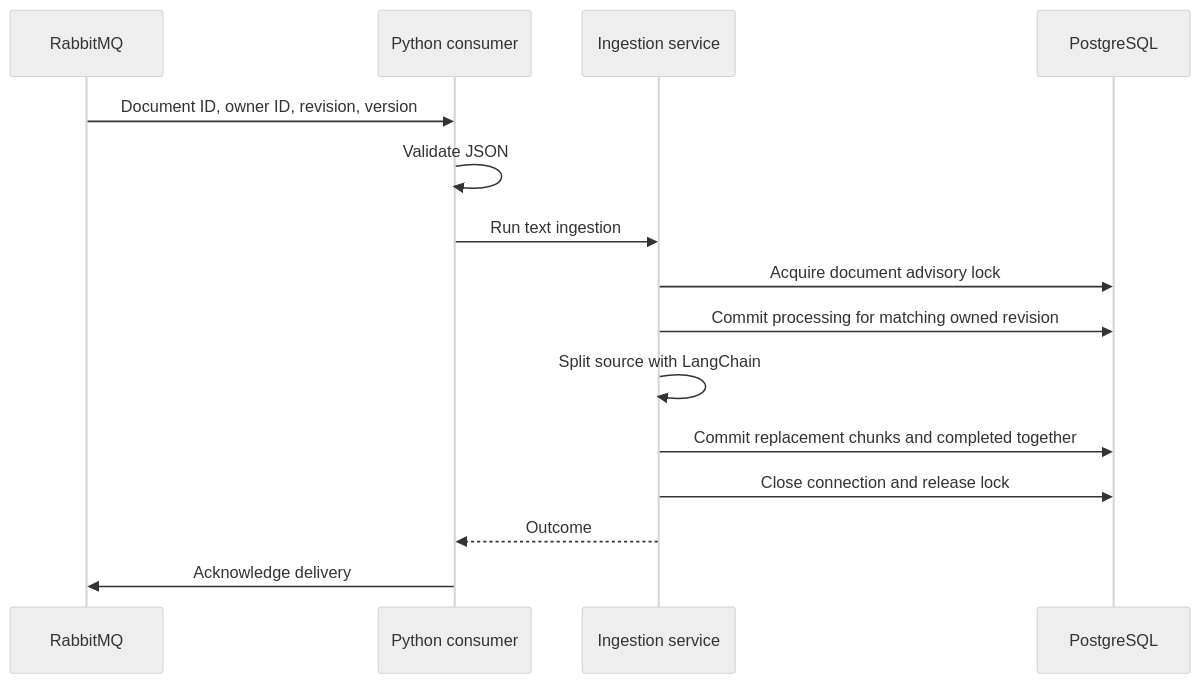
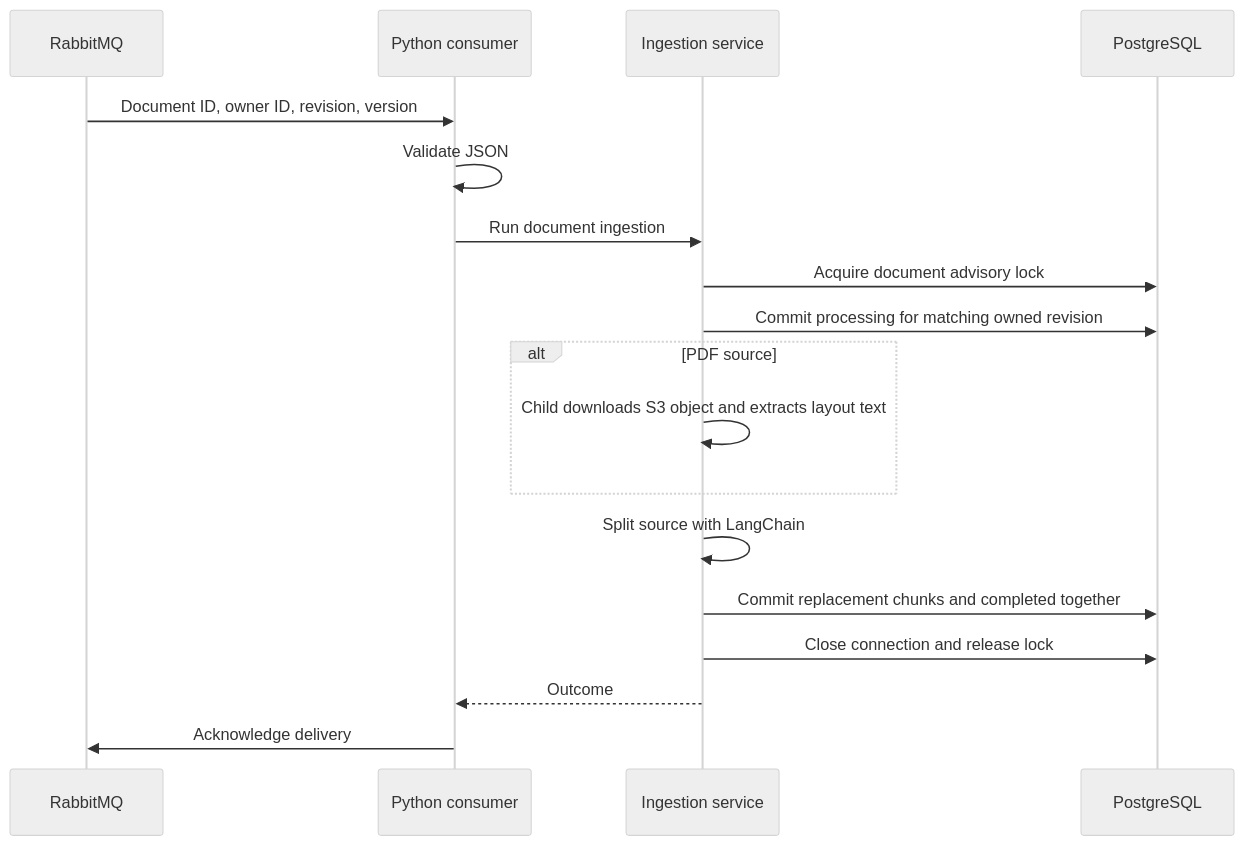
The first of 2 diagrams in docs/architecture.md (filipe-mendes-dev/ragnarok), drawn with Mermaid (neutral theme) before and after one commit. The commit also changed other lines of this file and 4 other files, not shown here.

Commit message:
docs: update architecture, product requirements, and roadmap to reflect recent changes in ingestion service, RabbitMQ integration, and deferred tasks for V1 deployment

````diff
--- a/docs/architecture.md
+++ b/docs/architecture.md
@@ -380,17 +383,20 @@
 ```mermaid
 sequenceDiagram
     participant Q as RabbitMQ
     participant W as Python consumer
     participant S as Ingestion service
     participant DB as PostgreSQL
     Q->>W: Document ID, owner ID, revision, version
     W->>W: Validate JSON
-    W->>S: Run text ingestion
+    W->>S: Run document ingestion
     S->>DB: Acquire document advisory lock
     S->>DB: Commit processing for matching owned revision
+    alt PDF source
+        S->>S: Child downloads S3 object and extracts layout text
+    end
     S->>S: Split source with LangChain
     S->>DB: Commit replacement chunks and completed together
     S->>DB: Close connection and release lock
     S-->>W: Outcome
     W->>Q: Acknowledge delivery
 ```
````
